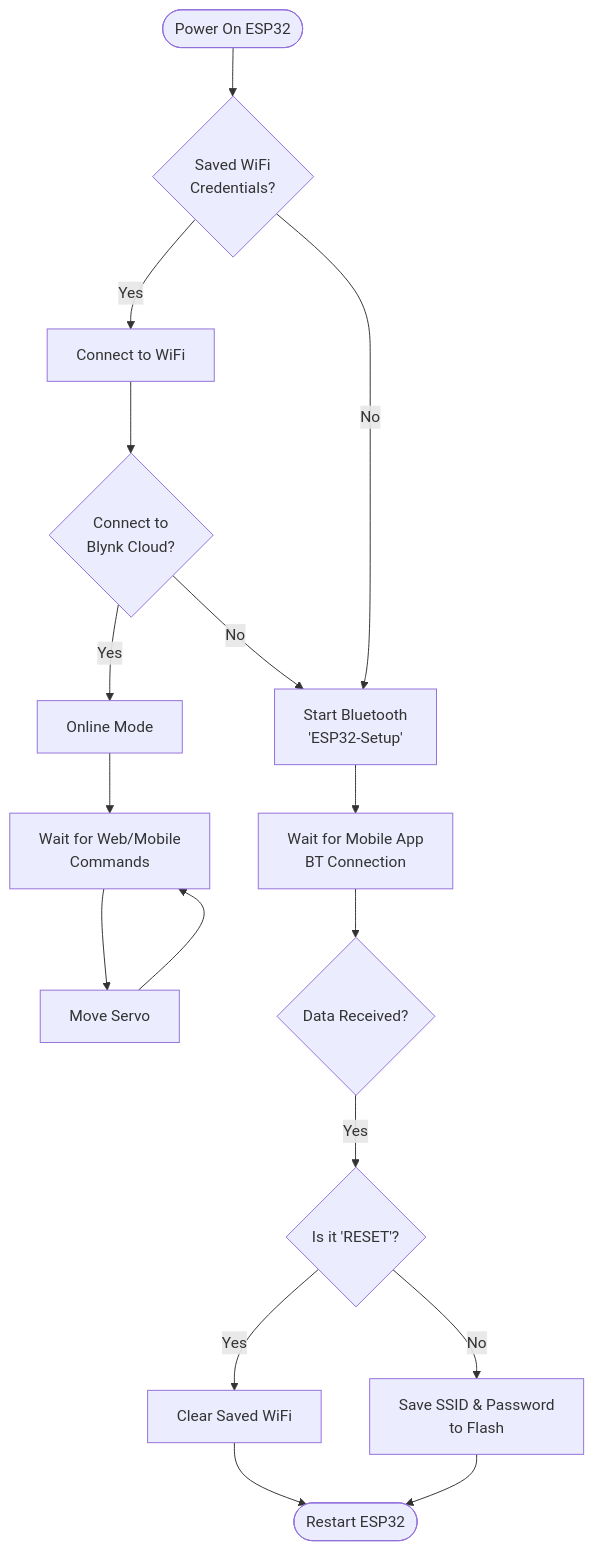
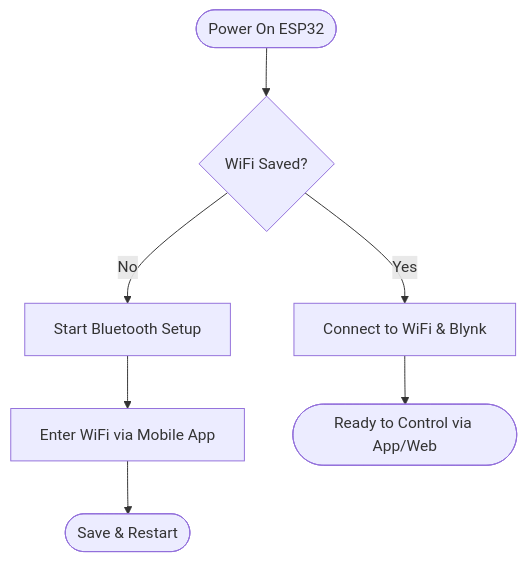
One commit to rizkygm23/smartcloches-controller-iot changed the second of 2 diagrams in README.md. Above: the diagram before and after it, drawn with Mermaid.

````diff
--- a/README.md
+++ b/README.md
@@ -126,25 +126,11 @@
 ```mermaid
 flowchart TD
-    Start([Power On ESP32]) --> CheckWiFi{Saved WiFi\nCredentials?}
+    A([Power On ESP32]) --> B{WiFi Saved?}
     
-    CheckWiFi -- Yes --> ConnectWiFi[Connect to WiFi]
-    ConnectWiFi --> ConnectBlynk{Connect to\nBlynk Cloud?}
+    B -- "No" --> C[Start Bluetooth Setup]
+    C --> D[Enter WiFi via Mobile App]
+    D --> E([Save & Restart])
     
-    ConnectBlynk -- Yes --> OnlineMode[Online Mode]
-    OnlineMode --> WaitCommand[Wait for Web/Mobile\nCommands]
-    WaitCommand --> ExecuteServo[Move Servo]
-    ExecuteServo --> WaitCommand
-    
-    CheckWiFi -- No --> BTMode[Start Bluetooth\n'ESP32-Setup']
-    ConnectBlynk -- No --> BTMode
-    
-    BTMode --> WaitBT[Wait for Mobile App\nBT Connection]
-    WaitBT --> ReceiveData{Data Received?}
-    ReceiveData -- Yes --> ParseData{Is it 'RESET'?}
-    
-    ParseData -- Yes --> ClearEEPROM[Clear Saved WiFi]
-    ClearEEPROM --> Restart([Restart ESP32])
-    
-    ParseData -- No --> SaveWiFi[Save SSID & Password\nto Flash]
-    SaveWiFi --> Restart
+    B -- "Yes" --> F[Connect to WiFi & Blynk]
+    F --> G([Ready to Control via App/Web])
 ```
````
